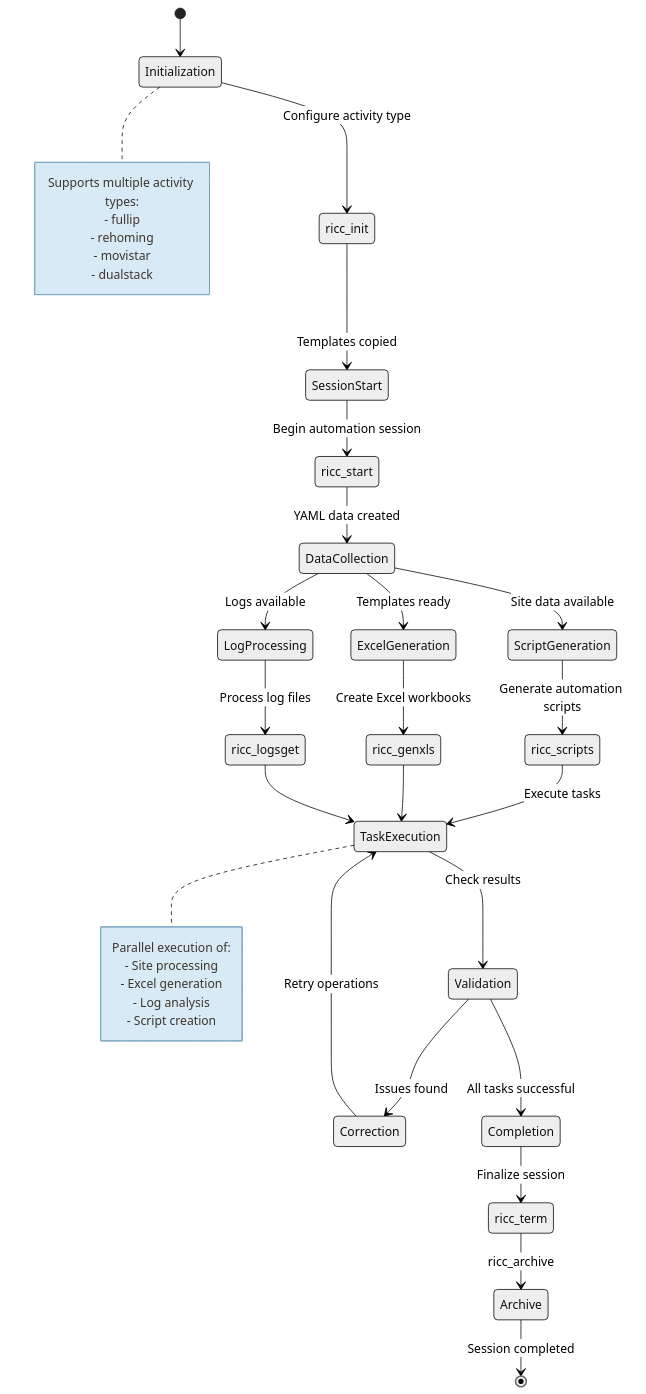
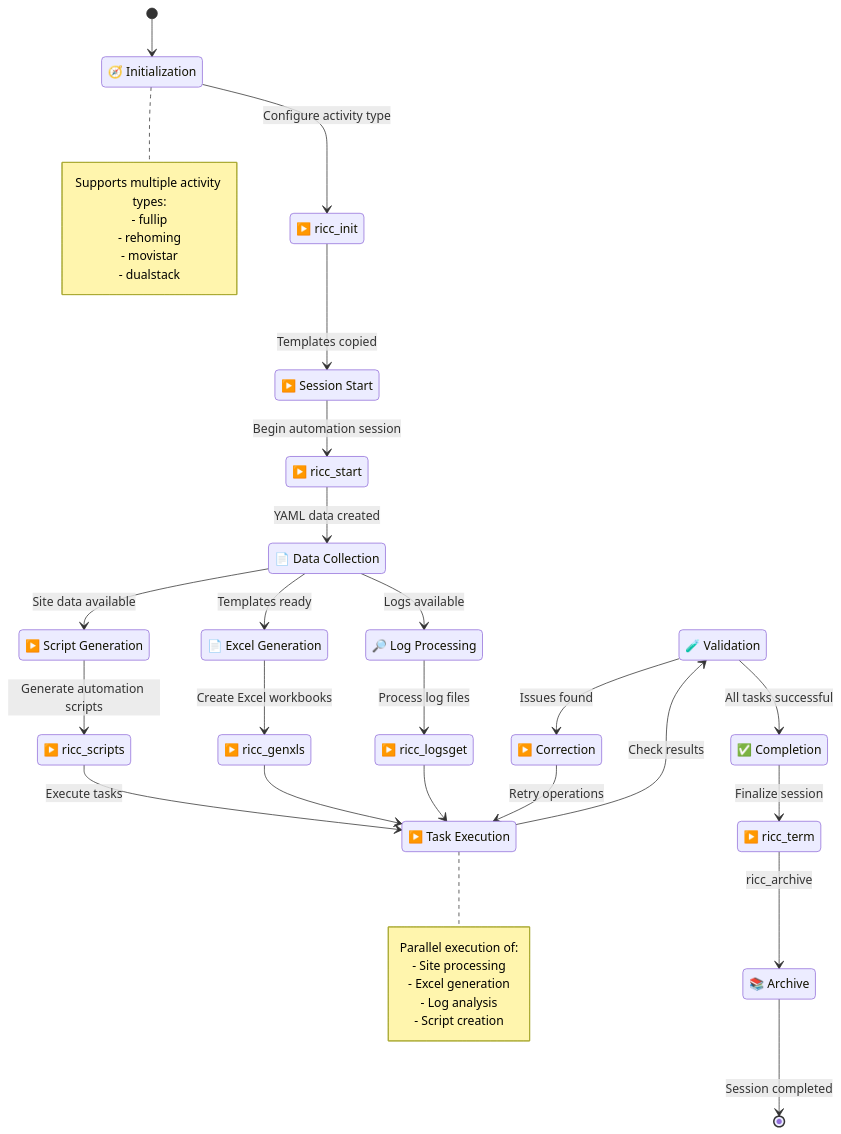
One commit to enogrob/project-automation-mop changed the third of 4 diagrams in README.md. Above: the diagram before and after it, drawn with Mermaid. The commit also changed other lines of this file, not shown here.

````diff
--- a/README.md
+++ b/README.md
@@ -176,51 +174,71 @@
 ```mermaid
-%%{init: {'theme': 'neutral', 'themeVariables': {'noteBkgColor': '#D9EAF7', 'noteTextColor': '#3E342C', 'noteBorderColor': '#7AA6C2'}}}%%
 stateDiagram-v2
+    state Validation <<choice>>
+    Initialization: 🧭 Initialization
+    ricc_init: ▶️ ricc_init
+    SessionStart: ▶️ Session Start
+    ricc_start: ▶️ ricc_start
+    DataCollection: 📄 Data Collection
+    ScriptGeneration: ▶️ Script Generation
+    ExcelGeneration: 📄 Excel Generation
+    LogProcessing: 🔎 Log Processing
+    ricc_scripts: ▶️ ricc_scripts
+    ricc_genxls: ▶️ ricc_genxls
+    ricc_logsget: ▶️ ricc_logsget
+    TaskExecution: ▶️ Task Execution
+    Validation: 🧪 Validation
+    Correction: ▶️ Correction
+    Completion: ✅ Completion
+    ricc_term: ▶️ ricc_term
+    Archive: 📚 Archive
+
     [*] --> Initialization
     Initialization --> ricc_init: Configure activity type
     ricc_init --> SessionStart: Templates copied
     SessionStart --> ricc_start: Begin automation session
     ricc_start --> DataCollection: YAML data created
     
     DataCollection --> ScriptGeneration: Site data available
     DataCollection --> ExcelGeneration: Templates ready
     DataCollection --> LogProcessing: Logs available
     
     ScriptGeneration --> ricc_scripts: Generate automation scripts
     ExcelGeneration --> ricc_genxls: Create Excel workbooks
     LogProcessing --> ricc_logsget: Process log files
     
     ricc_scripts --> TaskExecution: Execute tasks
     ricc_genxls --> TaskExecution
     ricc_logsget --> TaskExecution
     
     TaskExecution --> Validation: Check results
     Validation --> Correction: Issues found
     Validation --> Completion: All tasks successful
     Correction --> TaskExecution: Retry operations
     
     Completion --> ricc_term: Finalize session
     ricc_term --> Archive: ricc_archive
     Archive --> [*]: Session completed
     
     note right of Initialization
         Supports multiple activity types:
         - fullip
         - rehoming
         - movistar
         - dualstack
     end note
     
     note right of TaskExecution
         Parallel execution of:
         - Site processing
         - Excel generation
         - Log analysis
         - Script creation
     end note
 
     classDef orchestration fill:#DDE3F4,stroke:#8998C8,color:#3E342C,stroke-width:2px;
     classDef context fill:#D9EAF7,stroke:#7AA6C2,color:#3E342C,stroke-width:2px;
-    class Initialization,ricc_init,SessionStart,ricc_start,ScriptGeneration,ExcelGeneration,LogProcessing,ricc_scripts,ricc_genxls,ricc_logsget,TaskExecution,Validation,Correction,Completion,ricc_term orchestration;
+    classDef uncertainty fill:#F6D6DD,stroke:#BF7C89,color:#3E342C,stroke-width:2px;
+    class Initialization,ricc_init,SessionStart,ricc_start,ScriptGeneration,ExcelGeneration,LogProcessing,ricc_scripts,ricc_genxls,ricc_logsget,TaskExecution,Correction,Completion,ricc_term orchestration;
     class DataCollection,Archive context;
+    class Validation uncertainty;
 ```
````
